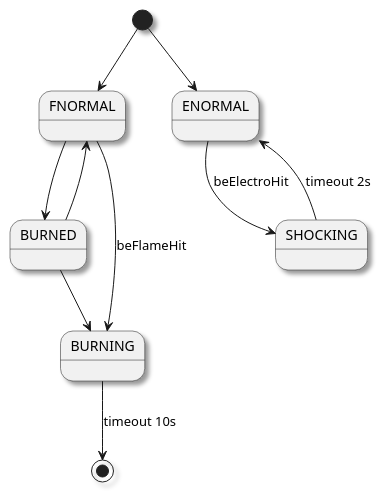
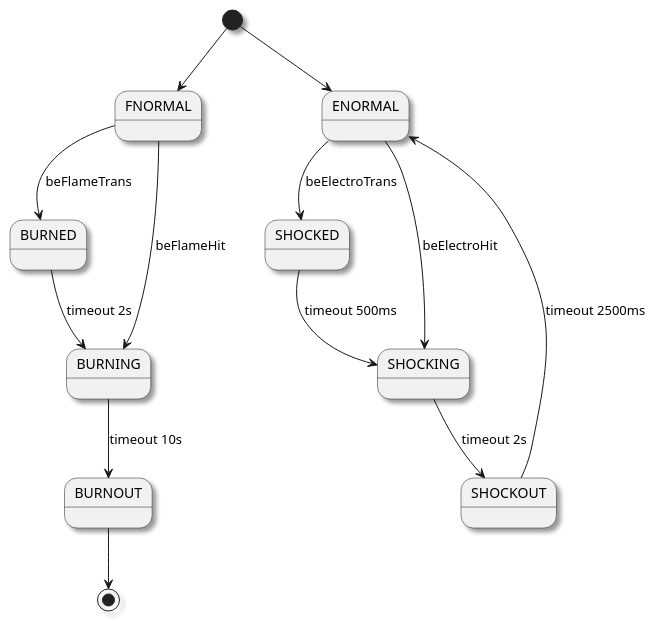
Before and after one commit to tingyunaiai9/The-Journey-of-Wizard: the diagram in doc/item_state.pu, drawn with PlantUML. The commit also changed 26 other files, not shown here.

```diff
--- a/doc/item_state.pu
+++ b/doc/item_state.pu
@@ -1,16 +1,22 @@
 @startuml
 
 skinparam shadowing true
 
 [*] --> FNORMAL
-FNORMAL --> BURNED
+
+FNORMAL --> BURNED : beFlameTrans
 FNORMAL --> BURNING : beFlameHit
-BURNED --> FNORMAL
-BURNED --> BURNING
-BURNING --> [*] : timeout 10s
+BURNED --> BURNING : timeout 2s
+BURNING --> BURNOUT : timeout 10s
+BURNOUT --> [*]
+
 
 [*] --> ENORMAL
+
+ENORMAL --> SHOCKED : beElectroTrans
 ENORMAL --> SHOCKING : beElectroHit
-SHOCKING --> ENORMAL : timeout 2s
+SHOCKED --> SHOCKING : timeout 500ms
+SHOCKING --> SHOCKOUT : timeout 2s
+SHOCKOUT --> ENORMAL : timeout 2500ms
 
 @enduml
```
